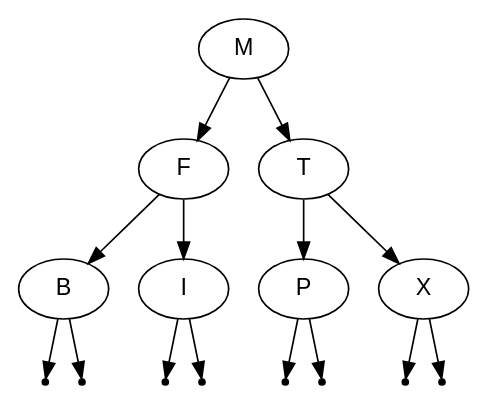
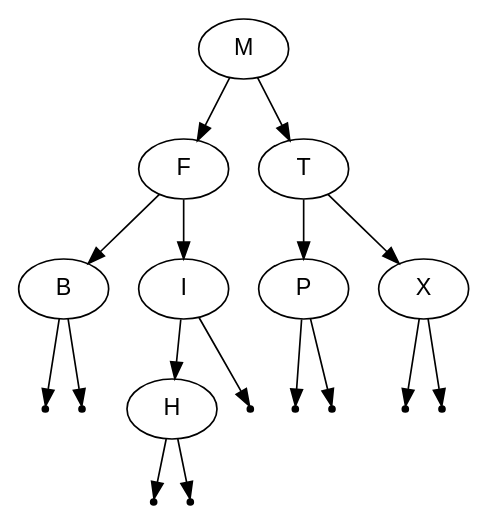
One commit to jeffknerr/avlbst changed the diagram in bst.dot. Above: the diagram before and after it, drawn with Graphviz. The commit also changed 1 other file, not shown here.

```diff
--- a/bst.dot
+++ b/bst.dot
@@ -1,25 +1,28 @@
 digraph BST {
    node [fontname="Arial"];
    M -> F ;
    F -> B ;
    null1 [shape=point];
    B -> null1;
    null2 [shape=point];
    B -> null2;
    F -> I ;
+   I -> H ;
    null3 [shape=point];
-   I -> null3;
+   H -> null3;
    null4 [shape=point];
-   I -> null4;
+   H -> null4;
+   null5 [shape=point];
+   I -> null5;
    M -> T ;
    T -> P ;
-   null5 [shape=point];
-   P -> null5;
    null6 [shape=point];
    P -> null6;
+   null7 [shape=point];
+   P -> null7;
    T -> X ;
-   null7 [shape=point];
-   X -> null7;
    null8 [shape=point];
    X -> null8;
+   null9 [shape=point];
+   X -> null9;
 }
```
